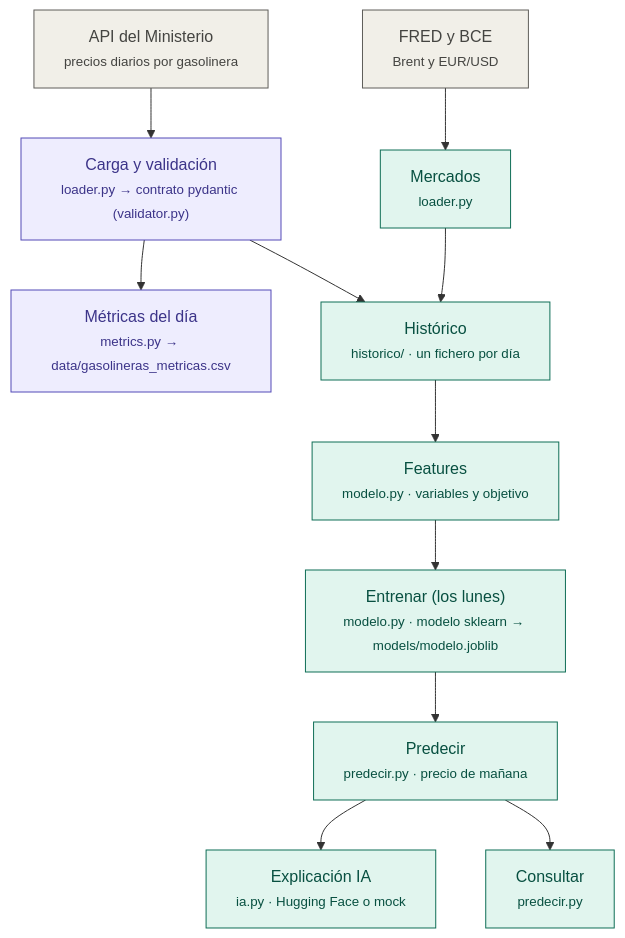
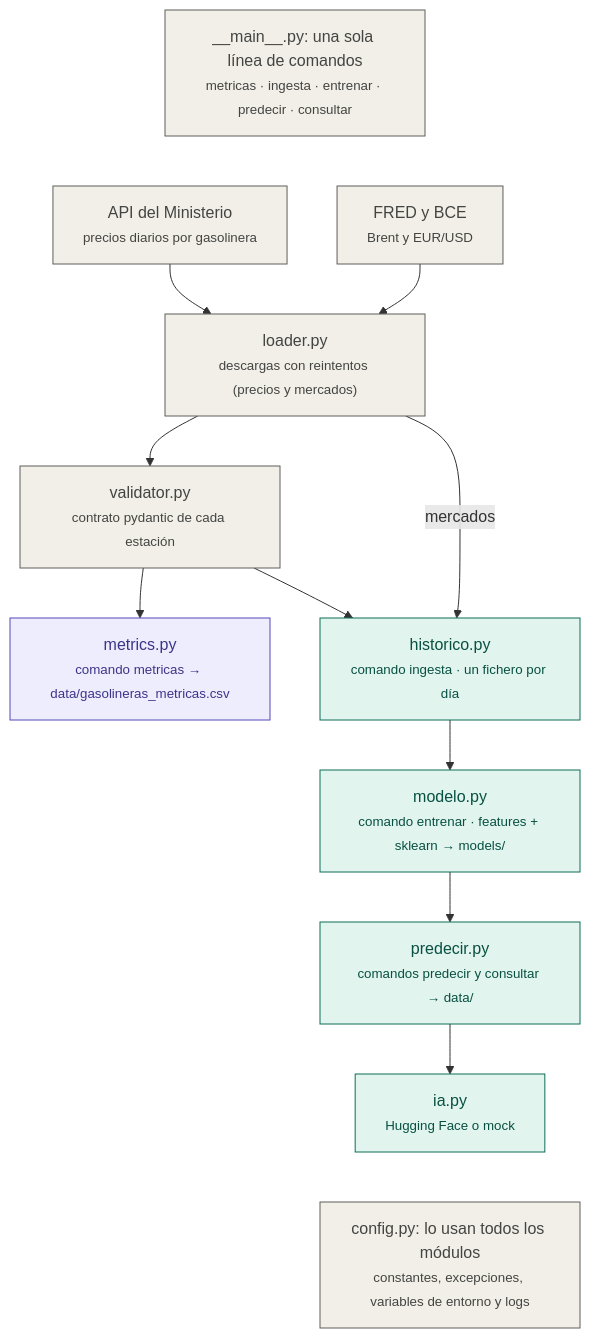
One commit to justoabellas03-hub/proyecto_dsia_26_27 changed the diagram in docs/PIPELINE.md. Above: the diagram before and after it, drawn with Mermaid. The commit also changed other lines of this file, not shown here.

Commit message:
docs: diagrama del pipeline con la CLI única y los 10 módulos
Claude-Session: https://claude.ai/code/session_012c8WsH2Gs1nvzi28zG7fDW

````diff
--- a/docs/PIPELINE.md
+++ b/docs/PIPELINE.md
@@ -5,30 +5,33 @@
 ```mermaid
 flowchart TD
-    API["API del Ministerio<br/><small>precios diarios por gasolinera</small>"]:::fuente
-    MER_SRC["FRED y BCE<br/><small>Brent y EUR/USD</small>"]:::fuente
+    CLI["__main__.py: una sola línea de comandos<br/><small>metricas · ingesta · entrenar · predecir · consultar</small>"]:::comun
 
-    CARGA["Carga y validación<br/><small>loader.py → contrato pydantic (validator.py)</small>"]:::p1
-    MER["Mercados<br/><small>loader.py</small>"]:::p2
+    API["API del Ministerio<br/><small>precios diarios por gasolinera</small>"]:::comun
+    MER_SRC["FRED y BCE<br/><small>Brent y EUR/USD</small>"]:::comun
 
-    METRICAS["Métricas del día<br/><small>metrics.py → data/gasolineras_metricas.csv</small>"]:::p1
-    HIST["Histórico<br/><small>historico/ · un fichero por día</small>"]:::p2
+    LOADER["loader.py<br/><small>descargas con reintentos (precios y mercados)</small>"]:::comun
+    VAL["validator.py<br/><small>contrato pydantic de cada estación</small>"]:::comun
 
-    FEAT["Features<br/><small>modelo.py · variables y objetivo</small>"]:::p2
-    ENT["Entrenar (los lunes)<br/><small>modelo.py · modelo sklearn → models/modelo.joblib</small>"]:::p2
-    PRED["Predecir<br/><small>predecir.py · precio de mañana</small>"]:::p2
-    IA["Explicación IA<br/><small>ia.py · Hugging Face o mock</small>"]:::p2
-    CONS["Consultar<br/><small>predecir.py</small>"]:::p2
+    METRICAS["metrics.py<br/><small>comando metricas → data/gasolineras_metricas.csv</small>"]:::p1
+    HIST["historico.py<br/><small>comando ingesta · un fichero por día</small>"]:::p2
+    MODELO["modelo.py<br/><small>comando entrenar · features + sklearn → models/</small>"]:::p2
+    PRED["predecir.py<br/><small>comandos predecir y consultar → data/</small>"]:::p2
+    IA["ia.py<br/><small>Hugging Face o mock</small>"]:::p2
 
-    API --> CARGA
-    MER_SRC --> MER
-    CARGA --> METRICAS
-    CARGA --> HIST
-    MER --> HIST
-    HIST --> FEAT --> ENT --> PRED
-    PRED --> IA
-    PRED --> CONS
+    CONFIG["config.py: lo usan todos los módulos<br/><small>constantes, excepciones, variables de entorno y logs</small>"]:::comun
 
-    classDef fuente fill:#F1EFE8,stroke:#5F5E5A,color:#444441
+    CLI ~~~ API
+    CLI ~~~ MER_SRC
+    API --> LOADER
+    MER_SRC --> LOADER
+    LOADER --> VAL
+    LOADER -- mercados --> HIST
+    VAL --> METRICAS
+    VAL --> HIST
+    HIST --> MODELO --> PRED --> IA
+    IA ~~~ CONFIG
+
+    classDef comun fill:#F1EFE8,stroke:#5F5E5A,color:#444441
     classDef p1 fill:#EEEDFE,stroke:#534AB7,color:#3C3489
     classDef p2 fill:#E1F5EE,stroke:#0F6E56,color:#085041
 ```
````
